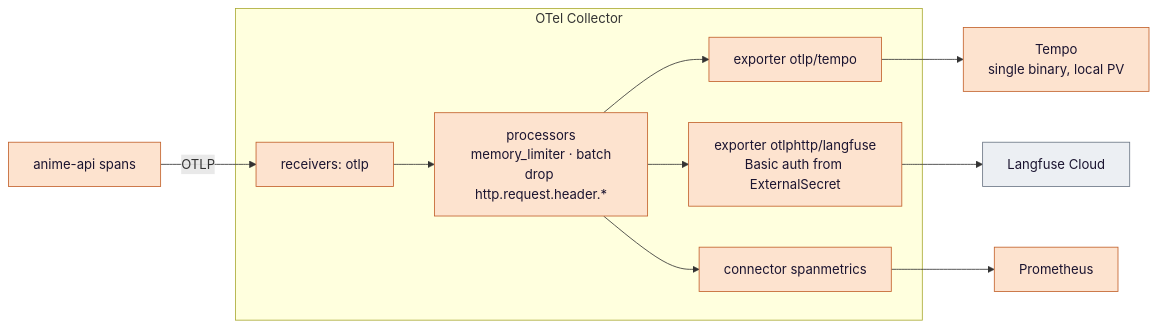
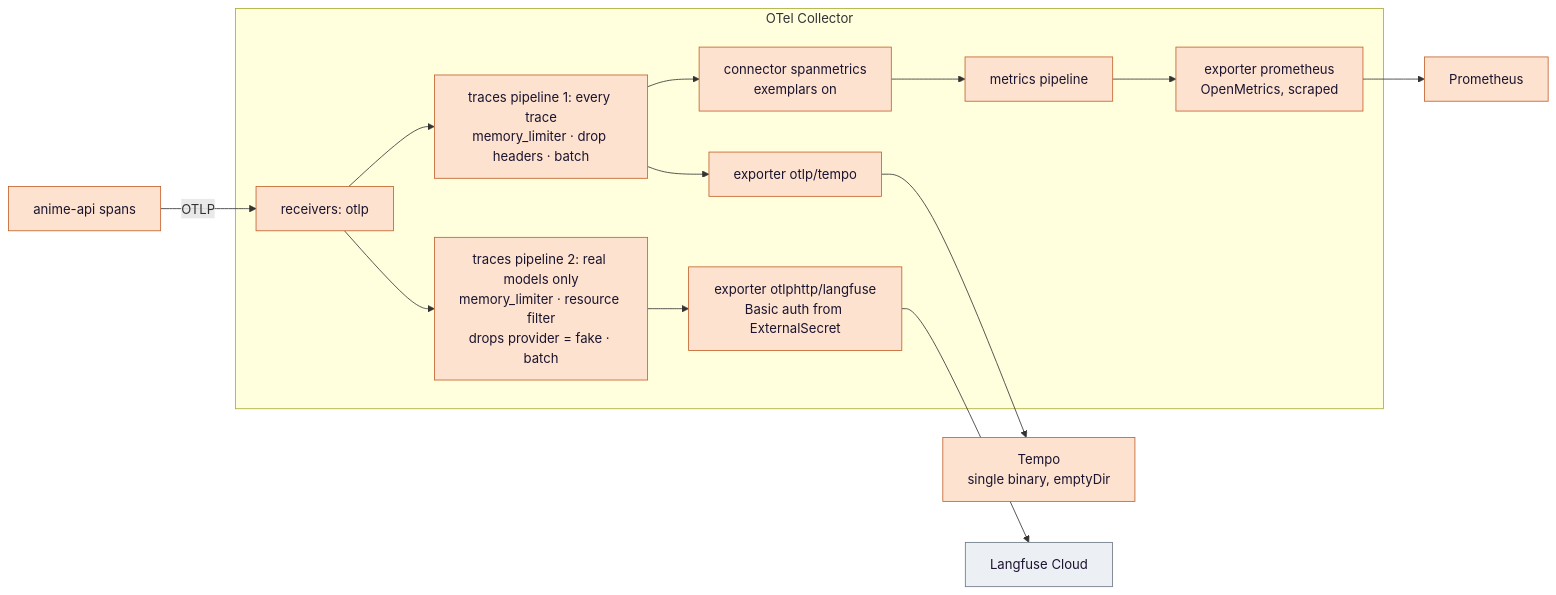
One commit to biabeogo147/Anime-Recommender changed the third of 8 diagrams in docs/eks-sre-llmops-design.md. Above: the diagram before and after it, drawn with Mermaid. The commit also changed other lines of this file and 17 other files, not shown here.

````diff
--- a/docs/eks-sre-llmops-design.md
+++ b/docs/eks-sre-llmops-design.md
@@ -379,20 +437,24 @@
 ```mermaid
 flowchart LR
     API["anime-api spans"] -->|"OTLP"| RCV["receivers: otlp"]
 
     subgraph COLL["OTel Collector"]
-        RCV --> PROC["processors<br/>memory_limiter · batch<br/>drop http.request.header.*"]
-        PROC --> EXTEMPO["exporter otlp/tempo"]
-        PROC --> EXLF["exporter otlphttp/langfuse<br/>Basic auth from ExternalSecret"]
-        PROC --> CONN["connector spanmetrics"]
+        RCV --> P1["traces pipeline 1: every trace<br/>memory_limiter · drop headers · batch"]
+        P2["traces pipeline 2: real models only<br/>memory_limiter · resource filter<br/>drops provider = fake · batch"]
+        RCV --> P2
+        P1 --> EXTEMPO["exporter otlp/tempo"]
+        P1 --> CONN["connector spanmetrics<br/>exemplars on"]
+        P2 --> EXLF["exporter otlphttp/langfuse<br/>Basic auth from ExternalSecret"]
+        CONN --> P3["metrics pipeline"]
+        P3 --> EXPROM["exporter prometheus<br/>OpenMetrics, scraped"]
     end
 
-    EXTEMPO --> TEMPO["Tempo<br/>single binary, local PV"]
+    EXTEMPO --> TEMPO["Tempo<br/>single binary, emptyDir"]
     EXLF --> LF["Langfuse Cloud"]
-    CONN --> PROM["Prometheus"]
+    EXPROM --> PROM["Prometheus"]
 
     classDef argo fill:#fde3cf,stroke:#c2602a,color:#1b1430;
     classDef ext fill:#eceff3,stroke:#6b7684,color:#1b1430;
-    class API,RCV,PROC,EXTEMPO,EXLF,CONN,TEMPO,PROM argo
+    class API,RCV,P1,P2,P3,EXTEMPO,EXLF,CONN,EXPROM,TEMPO,PROM argo
     class LF ext
 ```
````
